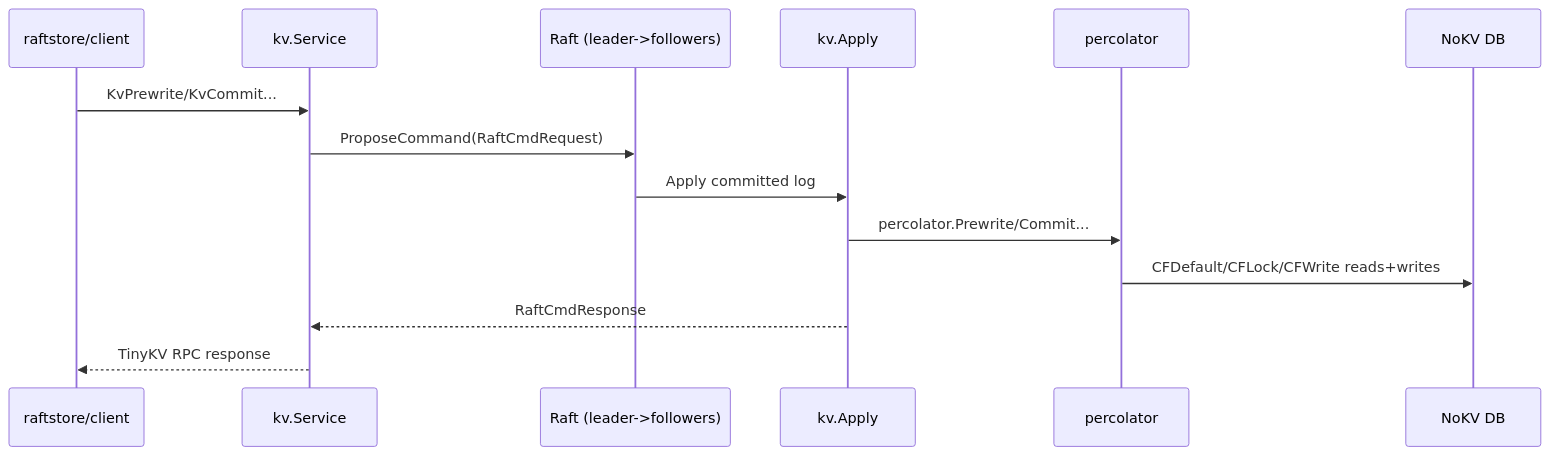
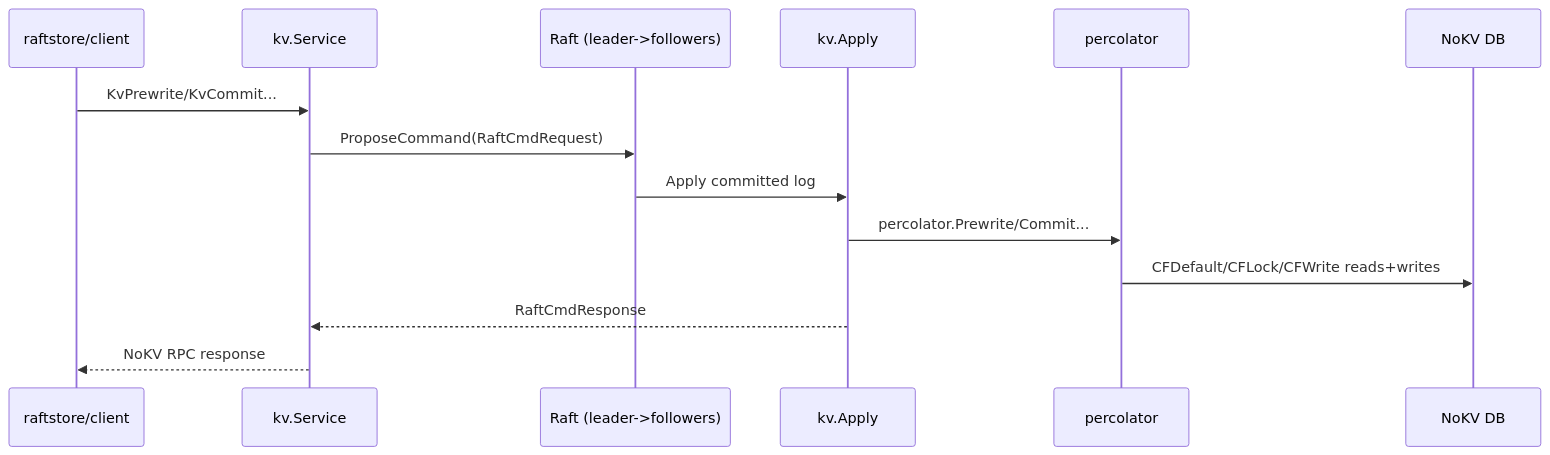
One commit to feichai0017/NoKV changed the first of 2 diagrams in docs/percolator.md. Above: the diagram before and after it, drawn with Mermaid. The commit also changed other lines of this file and 29 other files, not shown here.

````diff
--- a/docs/percolator.md
+++ b/docs/percolator.md
@@ -25,16 +25,16 @@
 ```mermaid
 sequenceDiagram
     participant C as raftstore/client
     participant S as kv.Service
     participant R as Raft (leader->followers)
     participant A as kv.Apply
     participant P as percolator
     participant DB as NoKV DB
     C->>S: KvPrewrite/KvCommit...
     S->>R: ProposeCommand(RaftCmdRequest)
     R->>A: Apply committed log
     A->>P: percolator.Prewrite/Commit...
     P->>DB: CFDefault/CFLock/CFWrite reads+writes
     A-->>S: RaftCmdResponse
-    S-->>C: TinyKV RPC response
+    S-->>C: NoKV RPC response
 ```
````
